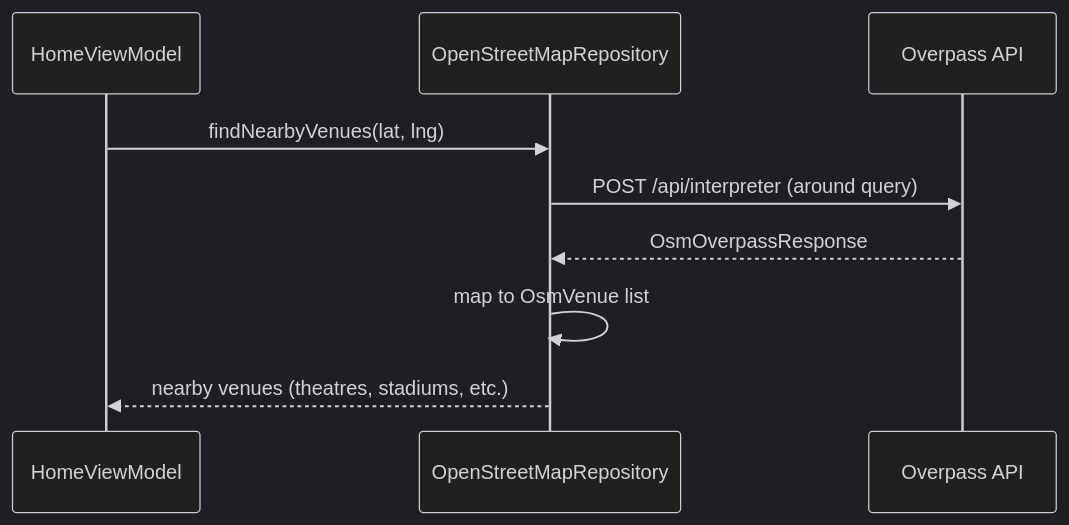
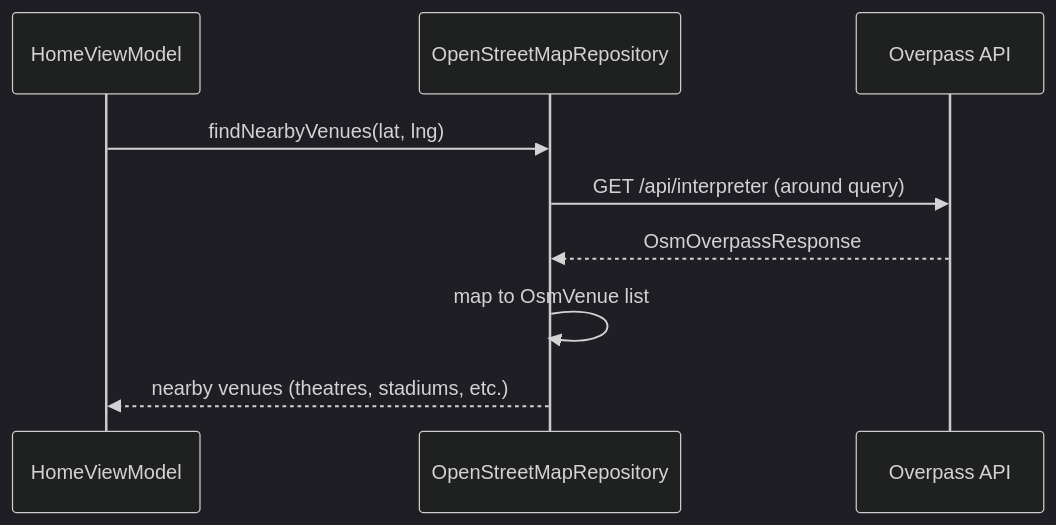
One commit to Zulfique/eventfinder-south-africa changed the second of 3 diagrams in README.md. Above: the diagram before and after it, drawn with Mermaid (dark theme). The commit also changed other lines of this file and 9 other files, not shown here.

````diff
--- a/README.md
+++ b/README.md
@@ -137,12 +137,12 @@
 ```mermaid
 sequenceDiagram
     participant H as HomeViewModel
     participant R as OpenStreetMapRepository
     participant API as Overpass API
 
     H->>R: findNearbyVenues(lat, lng)
-    R->>API: POST /api/interpreter (around query)
+    R->>API: GET /api/interpreter (around query)
     API-->>R: OsmOverpassResponse
     R->>R: map to OsmVenue list
     R-->>H: nearby venues (theatres, stadiums, etc.)
 ```
````
